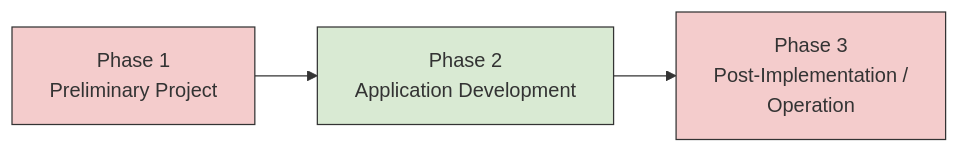
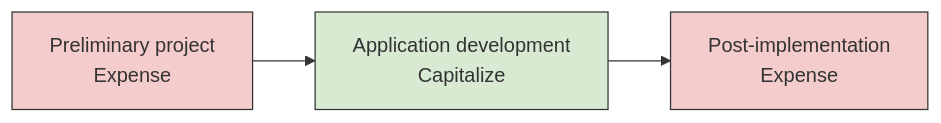
Before and after one commit to subwaymatch/cpabear-book: the first of 2 diagrams in docs/bar/technical-accounting-assets-and-revenue/internally-developed-software.md, drawn with Mermaid. The commit also changed other lines of this file and 204 other files, not shown here.

First line of the commit message:
Update the book for the 2027 CPA Exam Blueprints, fix dark-mode diagrams, add diagram zoom (#49)

````diff
--- a/docs/bar/technical-accounting-assets-and-revenue/internally-developed-software.md
+++ b/docs/bar/technical-accounting-assets-and-revenue/internally-developed-software.md
@@ -35,8 +17,8 @@
 ```mermaid
 graph LR
-    A["Phase 1<br/>Preliminary Project"] --> B["Phase 2<br/>Application Development"]
-    B --> C["Phase 3<br/>Post-Implementation /<br/>Operation"]
+    A["Preliminary project<br/>Expense"] --> B["Application development<br/>Capitalize"]
+    B --> C["Post-implementation<br/>Expense"]
     style A fill:#f4cccc,stroke:#333
     style B fill:#d9ead3,stroke:#333
     style C fill:#f4cccc,stroke:#333
 ```
````
